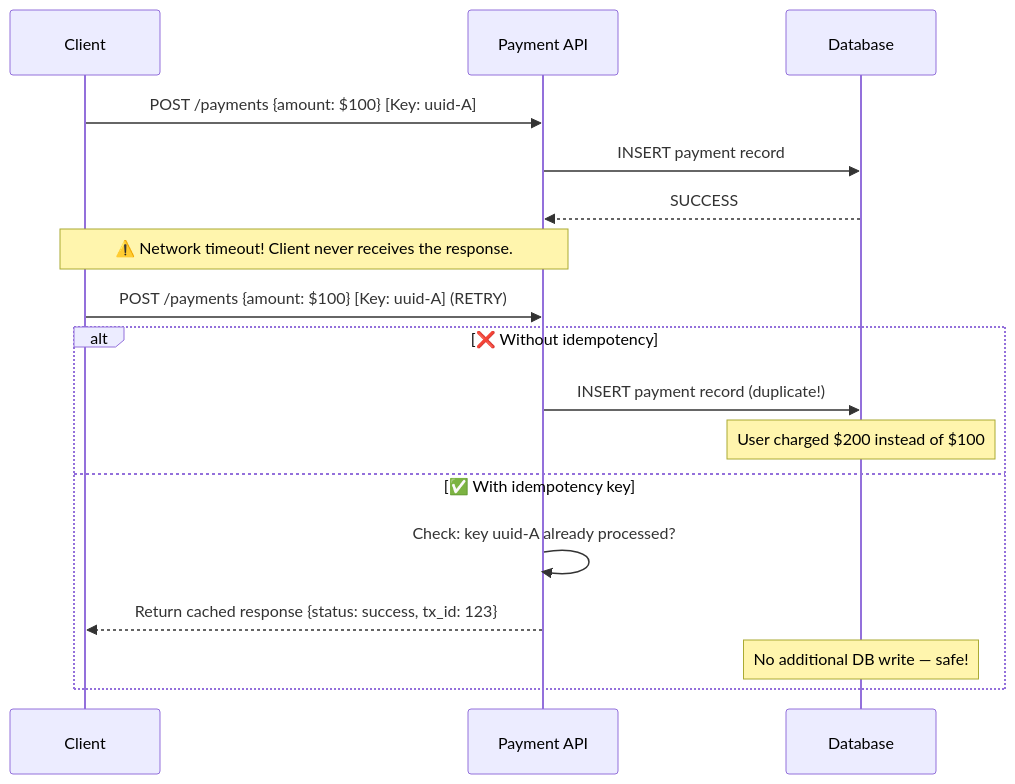
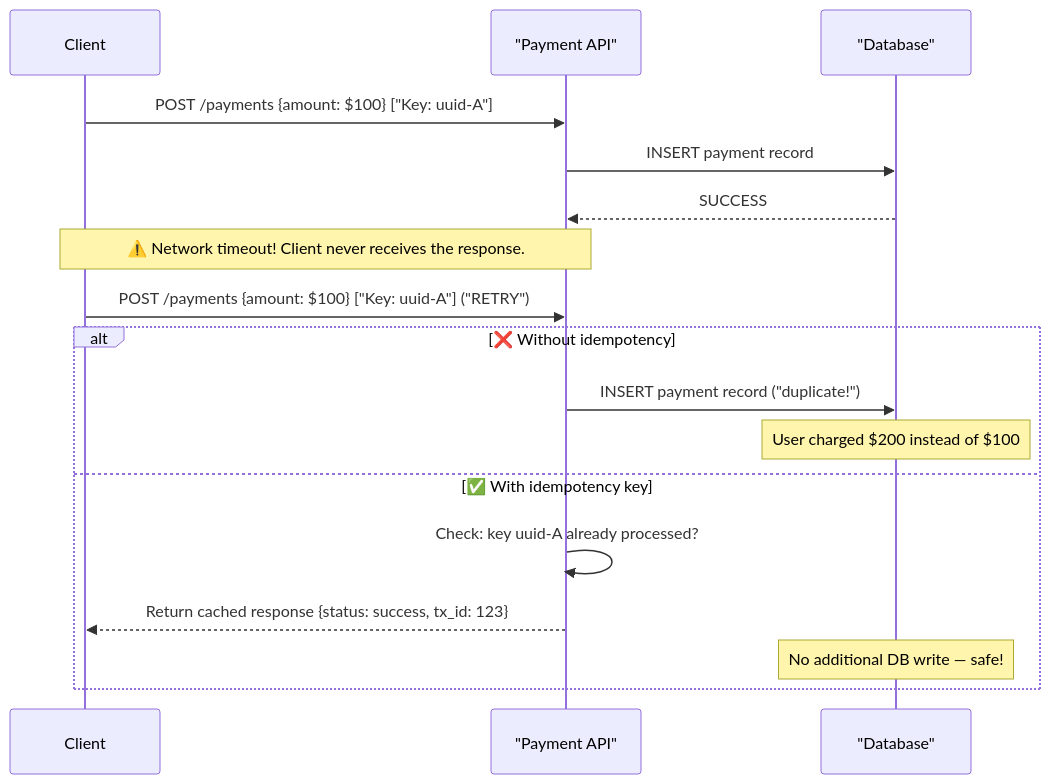
The diagram in content/series/system-design/07-idempotency-api-design-go.md (vesviet/vesviet), drawn with Mermaid before and after one commit. The commit also changed other lines of this file and 331 other files, not shown here.

````diff
--- a/content/series/system-design/07-idempotency-api-design-go.md
+++ b/content/series/system-design/07-idempotency-api-design-go.md
@@ -42,22 +45,22 @@
 ```mermaid
 sequenceDiagram
     participant Client
-    participant API as Payment API
-    participant DB as Database
+    participant API as "Payment API"
+    participant DB as "Database"
 
-    Client->>API: POST /payments {amount: $100} [Key: uuid-A]
+    Client->>API: POST /payments {amount: $100} ["Key: uuid-A"]
     API->>DB: INSERT payment record
     DB-->>API: SUCCESS
     Note over API,Client: ⚠️ Network timeout! Client never receives the response.
 
-    Client->>API: POST /payments {amount: $100} [Key: uuid-A] (RETRY)
+    Client->>API: POST /payments {amount: $100} ["Key: uuid-A"] ("RETRY")
 
     alt ❌ Without idempotency
-        API->>DB: INSERT payment record (duplicate!)
+        API->>DB: INSERT payment record ("duplicate!")
         Note over DB: User charged $200 instead of $100
     else ✅ With idempotency key
         API->>API: Check: key uuid-A already processed?
         API-->>Client: Return cached response {status: success, tx_id: 123}
         Note over DB: No additional DB write — safe!
     end
 ```
````
